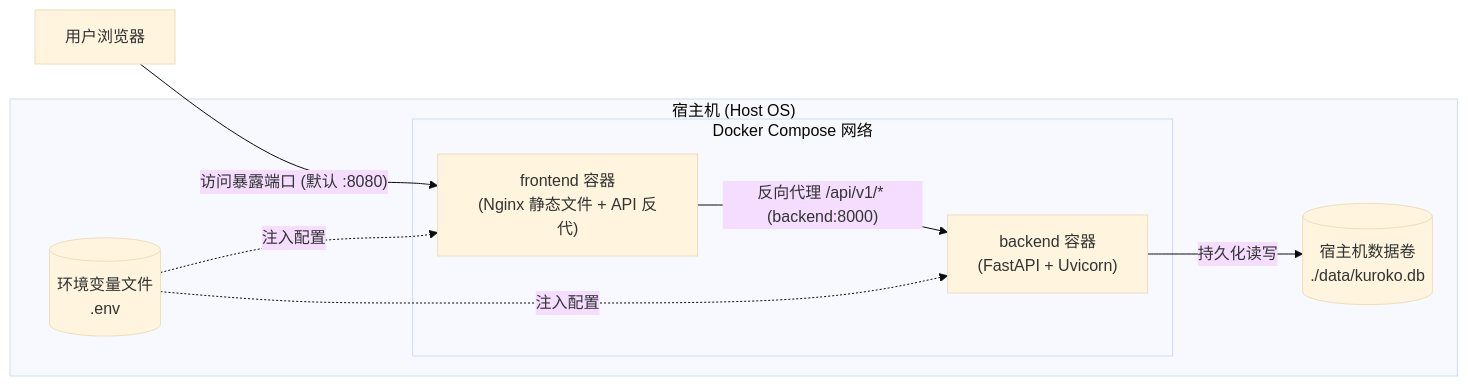
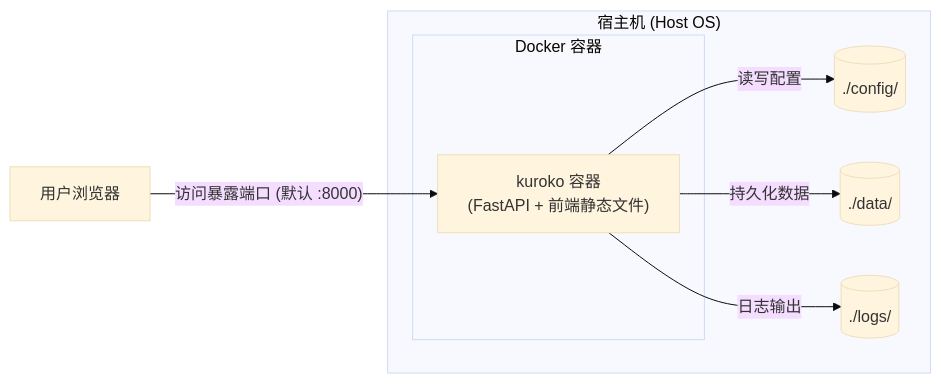
Before and after one commit to TheWuSi/Kuroko: the fourth of 4 diagrams in docs/dev/architecture.md, drawn with Mermaid (base theme). The commit also changed other lines of this file and 14 other files, not shown here.

````diff
--- a/docs/dev/architecture.md
+++ b/docs/dev/architecture.md
@@ -337,18 +334,17 @@
 ```mermaid
 graph LR
     subgraph "宿主机 (Host OS)"
-        subgraph "Docker Compose 网络"
-            frontend["frontend 容器<br/>(Nginx 静态文件 + API 反代)"]
-            backend["backend 容器<br/>(FastAPI + Uvicorn)"]
+        subgraph "Docker 容器"
+            App["kuroko 容器<br/>(FastAPI + 前端静态文件)"]
         end
 
-        HostDB[("宿主机数据卷<br/>./data/kuroko.db")]
-        HostEnv[("环境变量文件<br/>.env")]
+        ConfigDir[("./config/")]
+        DataDir[("./data/")]
+        LogDir[("./logs/")]
     end
 
-    Client["用户浏览器"] -->|"访问暴露端口 (默认 :8080)"| frontend
-    frontend -->|"反向代理 /api/v1/* (backend:8000)"| backend
-    backend -->|"持久化读写"| HostDB
-    HostEnv -.->|"注入配置"| frontend
-    HostEnv -.->|"注入配置"| backend
+    Client["用户浏览器"] -->|"访问暴露端口 (默认 :8000)"| App
+    App -->|"读写配置"| ConfigDir
+    App -->|"持久化数据"| DataDir
+    App -->|"日志输出"| LogDir
 ```
````
